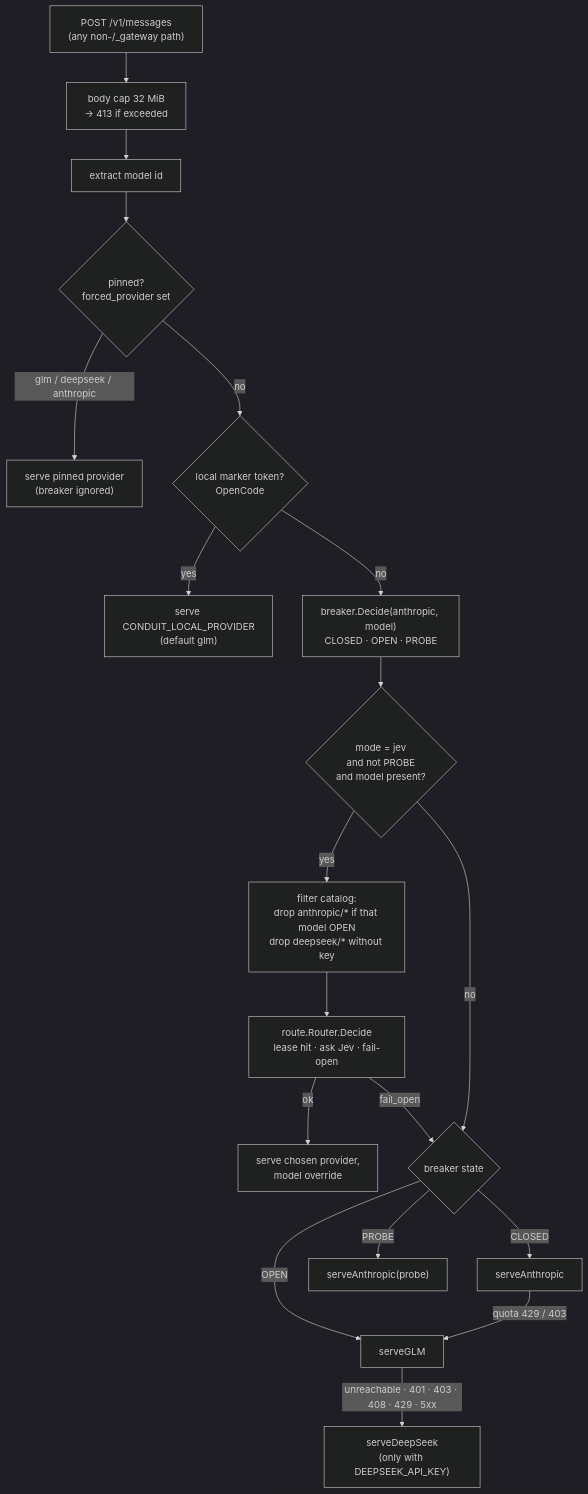
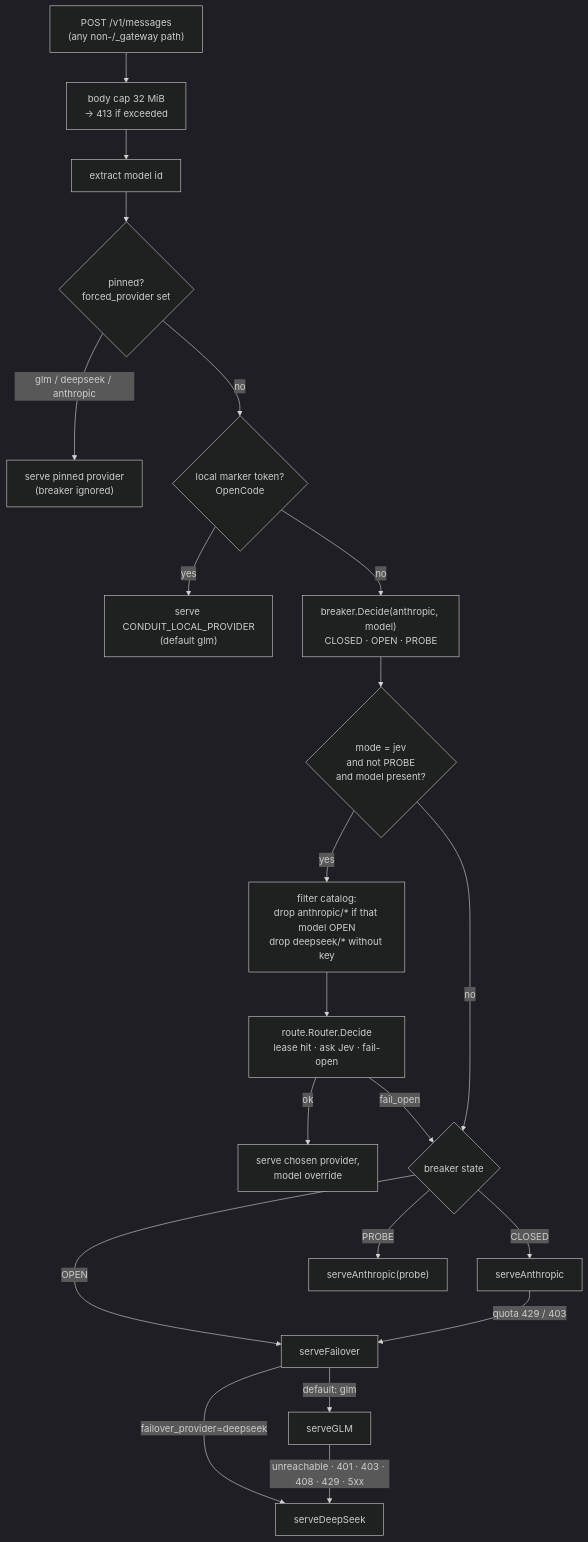
The first of 3 diagrams in ARCHITECTURE.md (pmagnomuller/conduit), drawn with Mermaid (dark theme) before and after one commit. The commit also changed other lines of this file and 12 other files, not shown here.

Commit message:
feat: configurable failover provider, deepseek model map, headerless 429 opt-in

````diff
--- a/ARCHITECTURE.md
+++ b/ARCHITECTURE.md
@@ -36,21 +36,23 @@
 ```mermaid
 flowchart TD
     IN["POST /v1/messages<br/>(any non-/_gateway path)"] --> CAP["body cap 32 MiB<br/>→ 413 if exceeded"]
     CAP --> MODEL["extract model id"]
     MODEL --> F{pinned?<br/>forced_provider set}
     F -- "glm / deepseek / anthropic" --> PIN["serve pinned provider<br/>(breaker ignored)"]
     F -- no --> LT{local marker token?<br/>OpenCode}
     LT -- yes --> LP["serve CONDUIT_LOCAL_PROVIDER<br/>(default glm)"]
     LT -- no --> BS["breaker.Decide(anthropic, model)<br/>CLOSED · OPEN · PROBE"]
     BS --> JG{mode = jev<br/>and not PROBE<br/>and model present?}
     JG -- yes --> CAND["filter catalog:<br/>drop anthropic/* if that model OPEN<br/>drop deepseek/* without key"]
     CAND --> JEV["route.Router.Decide<br/>lease hit · ask Jev · fail-open"]
     JEV -- "ok" --> SERVE["serve chosen provider,<br/>model override"]
     JEV -- "fail_open" --> AUTO
     JG -- no --> AUTO{breaker state}
     AUTO -- CLOSED --> AN["serveAnthropic"]
     AUTO -- PROBE --> ANP["serveAnthropic(probe)"]
-    AUTO -- OPEN --> GLM["serveGLM"]
-    AN -- "quota 429 / 403" --> GLM
-    GLM -- "unreachable · 401 · 403 · 408 · 429 · 5xx" --> DS["serveDeepSeek<br/>(only with DEEPSEEK_API_KEY)"]
+    AUTO -- OPEN --> FB["serveFailover"]
+    AN -- "quota 429 / 403" --> FB
+    FB -- "default: glm" --> GLM["serveGLM"]
+    FB -- "failover_provider=deepseek" --> DS["serveDeepSeek"]
+    GLM -- "unreachable · 401 · 403 · 408 · 429 · 5xx" --> DS
 ```
````
